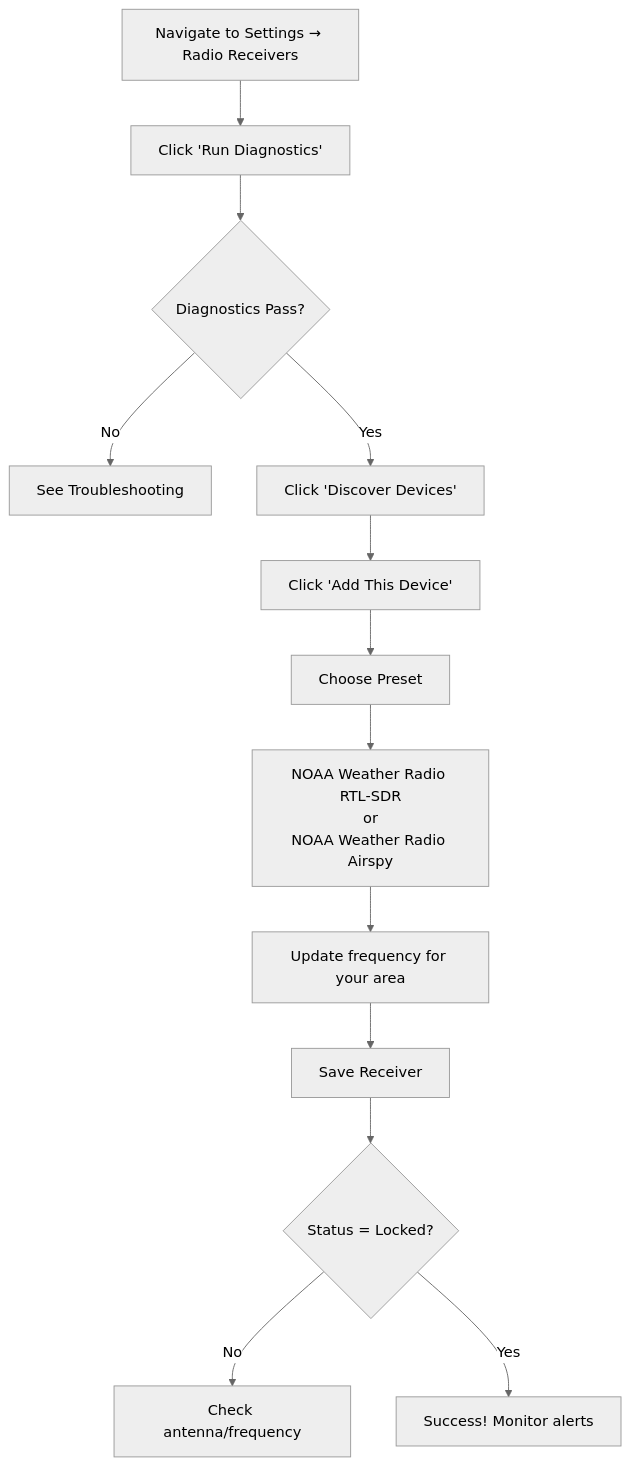
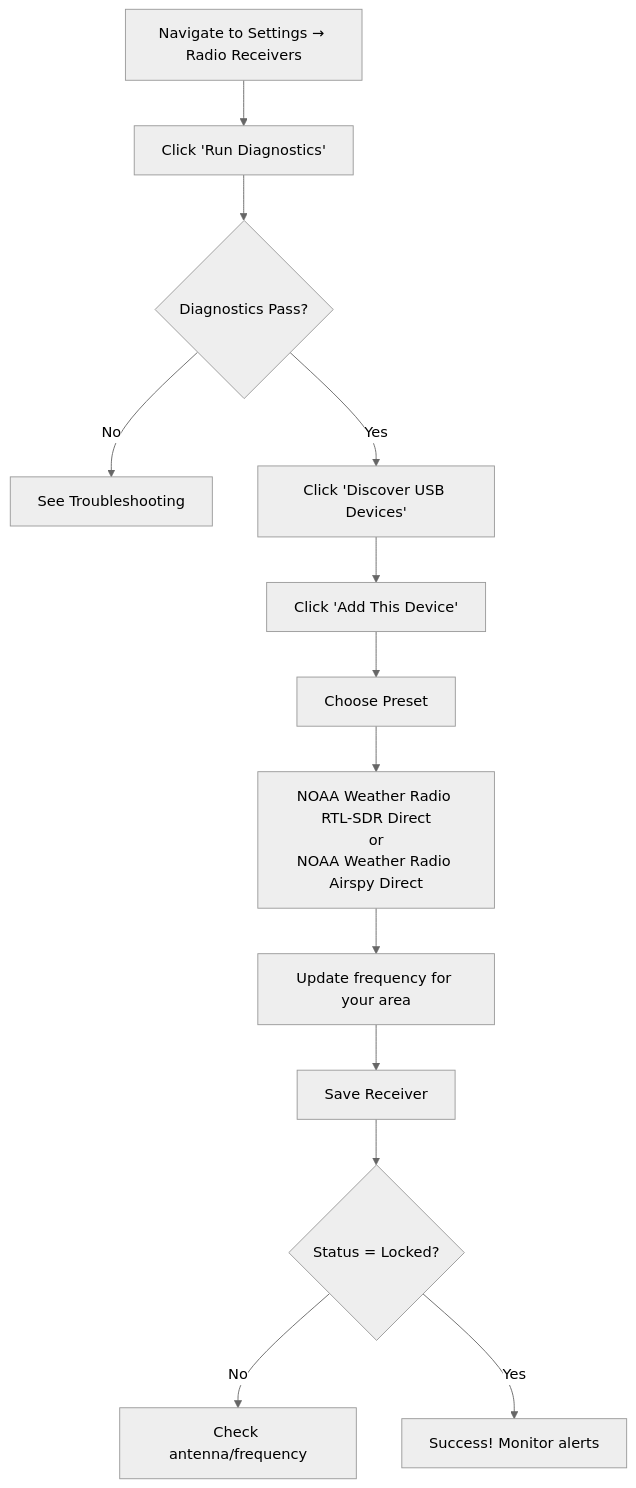
The diagram in docs/hardware/SDR_SETUP.md (KR8MER/eas-station), drawn with Mermaid (neutral theme) before and after one commit. The commit also changed other lines of this file and 43 other files, not shown here.

````diff
--- a/docs/hardware/SDR_SETUP.md
+++ b/docs/hardware/SDR_SETUP.md
@@ -186,15 +186,15 @@
 ```mermaid
 flowchart TD
     A[Navigate to Settings → Radio Receivers] --> B[Click 'Run Diagnostics']
     B --> C{Diagnostics Pass?}
     C -->|No| D[See Troubleshooting]
-    C -->|Yes| E[Click 'Discover Devices']
+    C -->|Yes| E[Click 'Discover USB Devices']
     E --> F[Click 'Add This Device']
     F --> G[Choose Preset]
-    G --> H[NOAA Weather Radio RTL-SDR<br/>or<br/>NOAA Weather Radio Airspy]
+    G --> H[NOAA Weather Radio RTL-SDR Direct<br/>or<br/>NOAA Weather Radio Airspy Direct]
     H --> I[Update frequency for your area]
     I --> J[Save Receiver]
     J --> K{Status = Locked?}
     K -->|No| L[Check antenna/frequency]
     K -->|Yes| M[Success! Monitor alerts]
 ```
````
